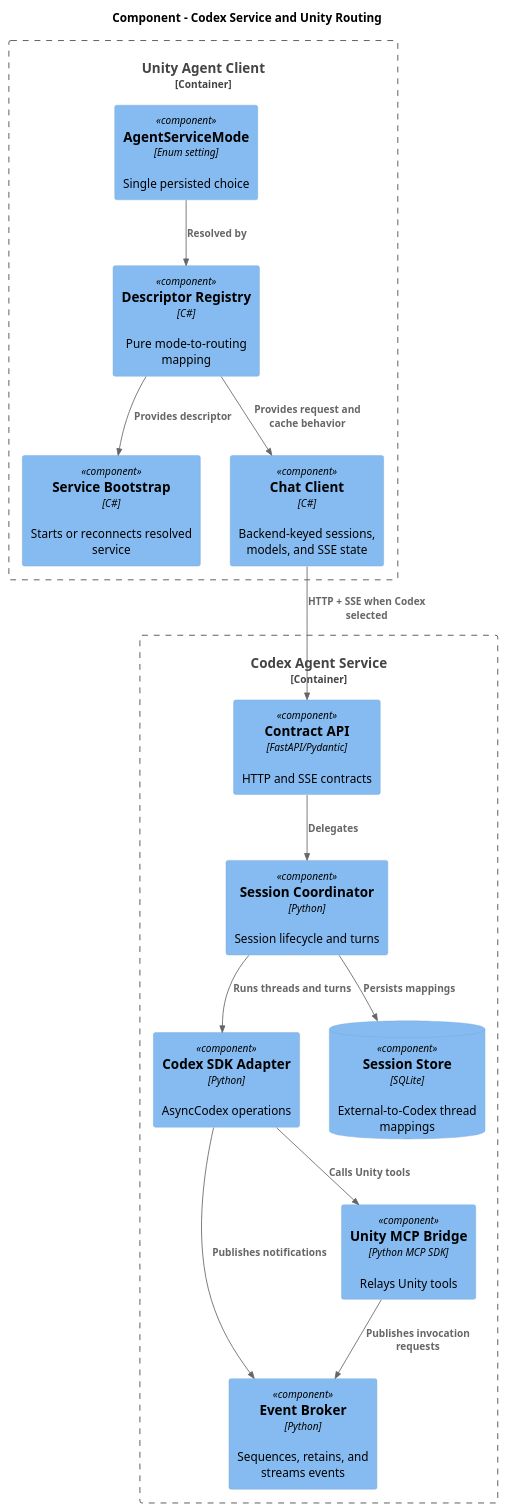
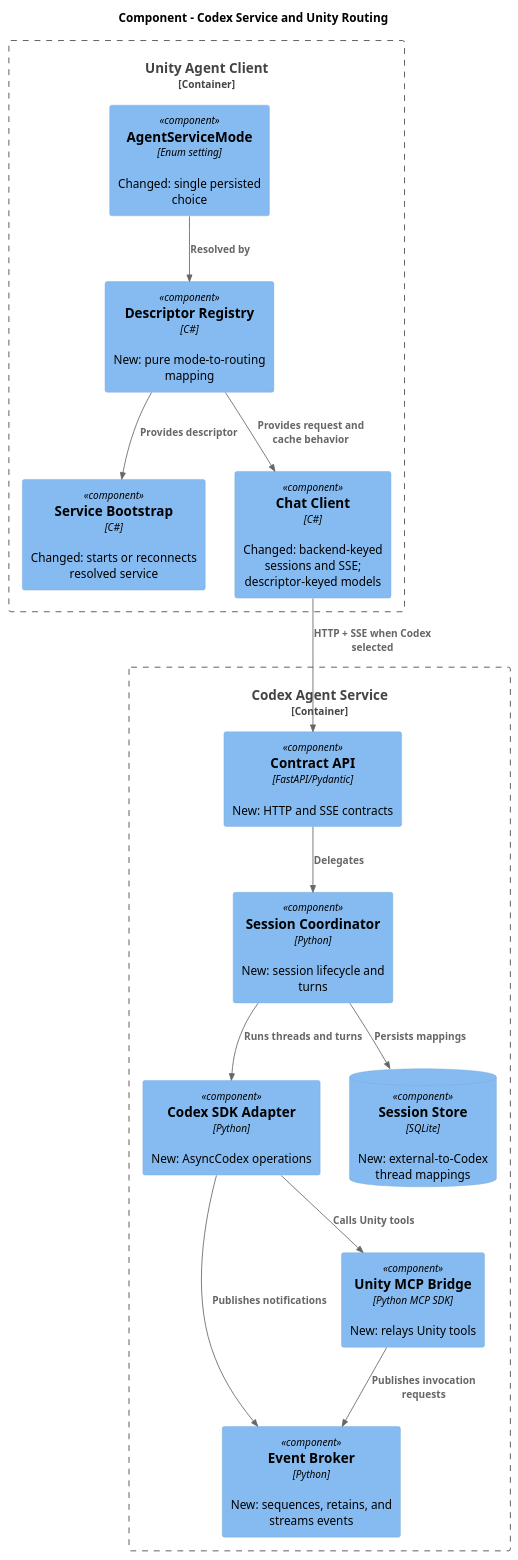
The third of 5 diagrams in docs/kanban/add-codex-agent-service.md (Signal-Loop/UnityCodeAgent), drawn with PlantUML before and after one commit. The commit also changed other lines of this file, not shown here.

Commit message:
feat: Update add-codex-agent-service.md to reflect status change and enhance documentation for Codex service integration

````diff
--- a/docs/kanban/add-codex-agent-service.md
+++ b/docs/kanban/add-codex-agent-service.md
@@ -183,30 +195,30 @@
 ```plantuml
 @startuml
 !include <C4/C4_Component>
 title Component - Codex Service and Unity Routing
 Container_Boundary(unityClient, "Unity Agent Client") {
-  Component(mode, "AgentServiceMode", "Enum setting", "Single persisted choice")
-  Component(registry, "Descriptor Registry", "C#", "Pure mode-to-routing mapping")
-  Component(bootstrap, "Service Bootstrap", "C#", "Starts or reconnects resolved service")
-  Component(chat, "Chat Client", "C#", "Backend-keyed sessions, models, and SSE state")
+  Component(mode, "AgentServiceMode", "Enum setting", "Changed: single persisted choice")
+  Component(registry, "Descriptor Registry", "C#", "New: pure mode-to-routing mapping")
+  Component(bootstrap, "Service Bootstrap", "C#", "Changed: starts or reconnects resolved service")
+  Component(chat, "Chat Client", "C#", "Changed: backend-keyed sessions and SSE; descriptor-keyed models")
 }
 Container_Boundary(codexService, "Codex Agent Service") {
-  Component(api, "Contract API", "FastAPI/Pydantic", "HTTP and SSE contracts")
-  Component(coordinator, "Session Coordinator", "Python", "Session lifecycle and turns")
-  Component(adapter, "Codex SDK Adapter", "Python", "AsyncCodex operations")
-  Component(events, "Event Broker", "Python", "Sequences, retains, and streams events")
-  Component(tools, "Unity MCP Bridge", "Python MCP SDK", "Relays Unity tools")
-  ComponentDb(store, "Session Store", "SQLite", "External-to-Codex thread mappings")
+  Component(api, "Contract API", "FastAPI/Pydantic", "New: HTTP and SSE contracts")
+  Component(coordinator, "Session Coordinator", "Python", "New: session lifecycle and turns")
+  Component(adapter, "Codex SDK Adapter", "Python", "New: AsyncCodex operations")
+  Component(events, "Event Broker", "Python", "New: sequences, retains, and streams events")
+  Component(tools, "Unity MCP Bridge", "Python MCP SDK", "New: relays Unity tools")
+  ComponentDb(store, "Session Store", "SQLite", "New: external-to-Codex thread mappings")
 }
 Rel(mode, registry, "Resolved by")
 Rel(registry, bootstrap, "Provides descriptor")
 Rel(registry, chat, "Provides request and cache behavior")
 Rel(chat, api, "HTTP + SSE when Codex selected")
 Rel(api, coordinator, "Delegates")
 Rel(coordinator, adapter, "Runs threads and turns")
 Rel(coordinator, store, "Persists mappings")
 Rel(adapter, events, "Publishes notifications")
 Rel(adapter, tools, "Calls Unity tools")
 Rel(tools, events, "Publishes invocation requests")
 @enduml
 ```
````
